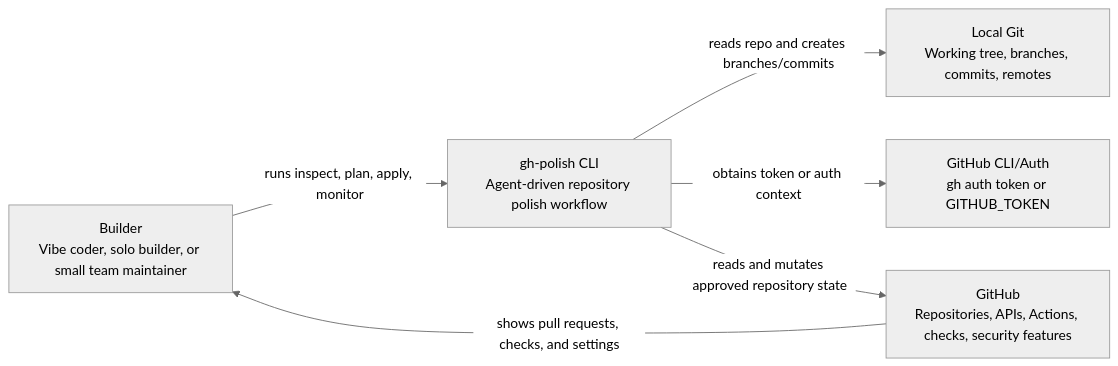
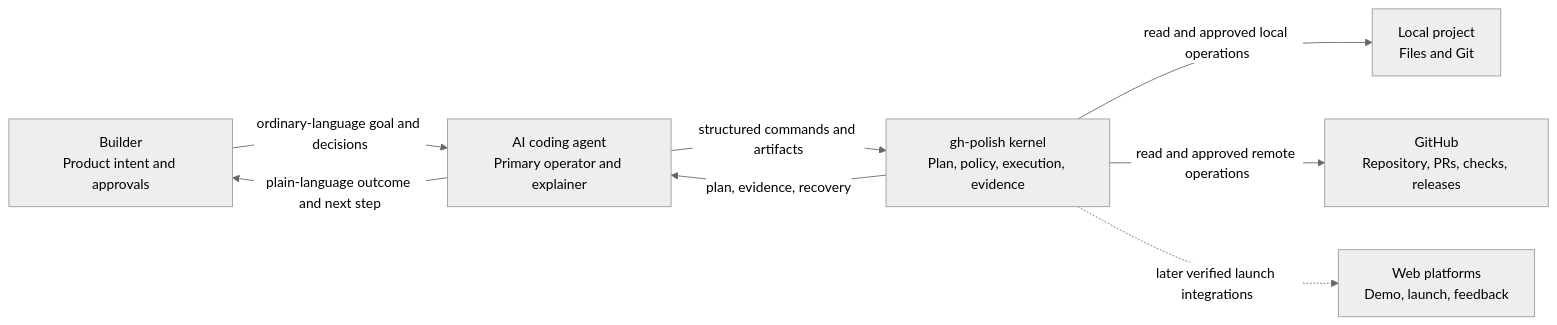
One commit to HaipingShi/gh-polish changed the first of 4 diagrams in docs/ARCHITECTURE.md. Above: the diagram before and after it, drawn with Mermaid (neutral theme). The commit also changed other lines of this file and 14 other files, not shown here.

Commit message:
docs: refactor agent-native product direction

````diff
--- a/docs/ARCHITECTURE.md
+++ b/docs/ARCHITECTURE.md
@@ -24,14 +31,17 @@
 ```mermaid
 flowchart LR
-    User["Builder\nVibe coder, solo builder, or small team maintainer"]
-    GHPolish["gh-polish CLI\nAgent-driven repository polish workflow"]
-    GitHub["GitHub\nRepositories, APIs, Actions, checks, security features"]
-    LocalGit["Local Git\nWorking tree, branches, commits, remotes"]
-    GHAuth["GitHub CLI/Auth\ngh auth token or GITHUB_TOKEN"]
+    Builder["Builder\nProduct intent and approvals"]
+    Agent["AI coding agent\nPrimary operator and explainer"]
+    Kernel["gh-polish kernel\nPlan, policy, execution, evidence"]
+    Local["Local project\nFiles and Git"]
+    GitHub["GitHub\nRepository, PRs, checks, releases"]
+    Web["Web platforms\nDemo, launch, feedback"]
 
-    User -->|"runs inspect, plan, apply, monitor"| GHPolish
-    GHPolish -->|"reads repo and creates branches/commits"| LocalGit
-    GHPolish -->|"obtains token or auth context"| GHAuth
-    GHPolish -->|"reads and mutates approved repository state"| GitHub
-    GitHub -->|"shows pull requests, checks, and settings"| User
+    Builder -->|"ordinary-language goal and decisions"| Agent
+    Agent -->|"structured commands and artifacts"| Kernel
+    Kernel -->|"read and approved local operations"| Local
+    Kernel -->|"read and approved remote operations"| GitHub
+    Kernel -.->|"later verified launch integrations"| Web
+    Kernel -->|"plan, evidence, recovery"| Agent
+    Agent -->|"plain-language outcome and next step"| Builder
 ```
````
